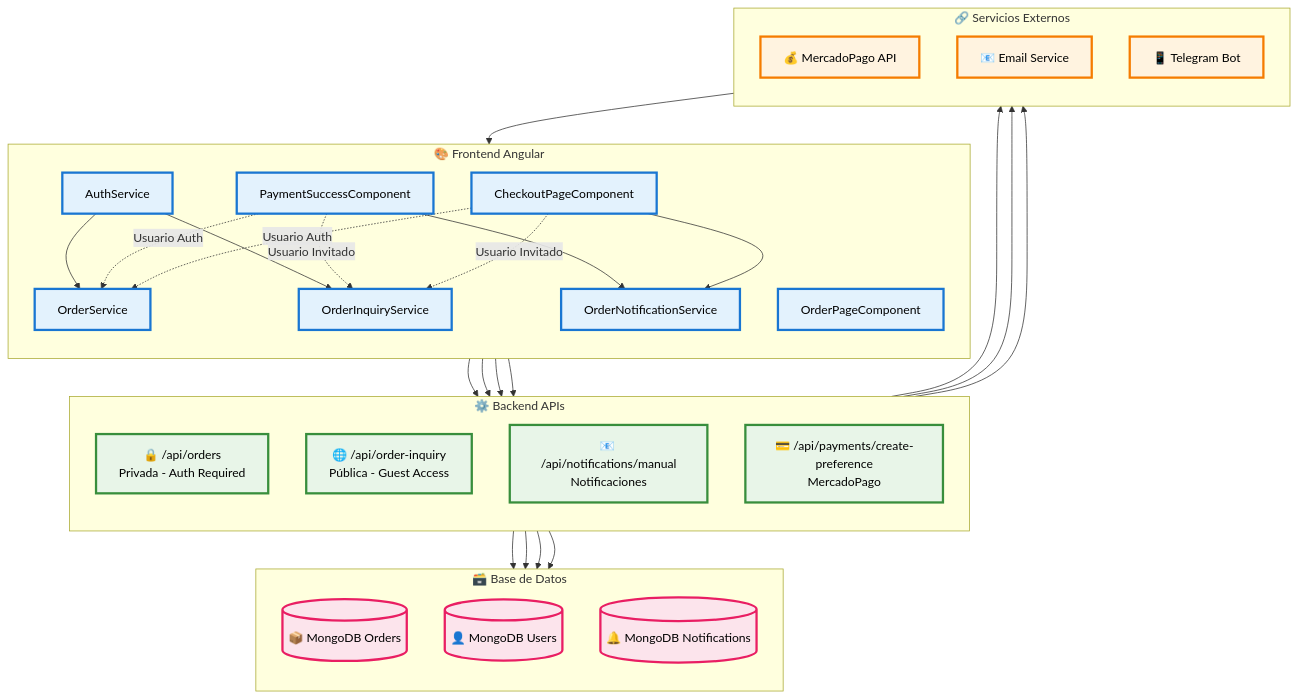
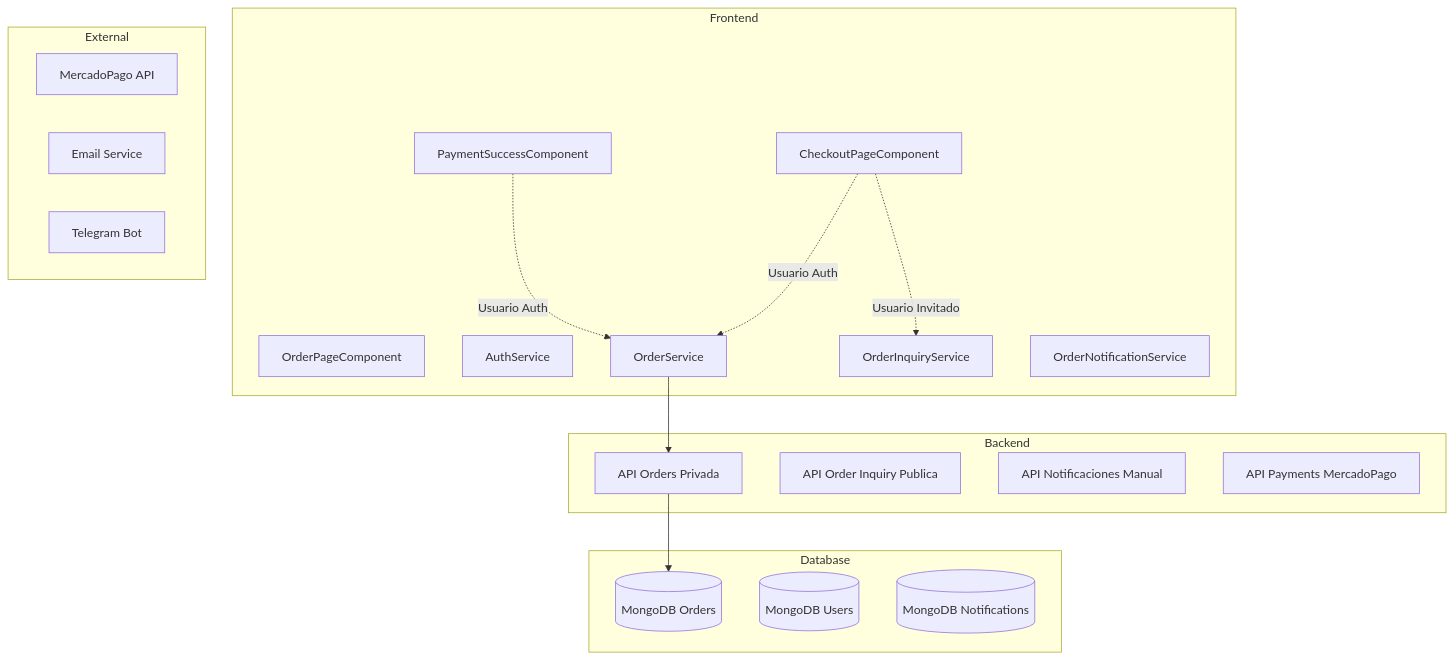
One commit to Ivetta-Luis-Alberto-114588/front-startup changed the second of 16 diagrams in docs_frontend/diagramas-flujo-actualizados.md. Above: the diagram before and after it, drawn with Mermaid. The commit also changed other lines of this file and 7 other files, not shown here.

Commit message:
Add endpoint permissions documentation and update flow diagrams for checkout process

````diff
--- a/docs_frontend/diagramas-flujo-actualizados.md
+++ b/docs_frontend/diagramas-flujo-actualizados.md
@@ -79,78 +68,45 @@
 ```mermaid
 flowchart TB
-    subgraph Frontend["🎨 Frontend Angular"]
-        direction TB
+    %% Frontend Angular
+    subgraph Frontend
         A[CheckoutPageComponent]
         B[PaymentSuccessComponent]
         C[OrderPageComponent]
         D[AuthService]
         E[OrderService]
         F[OrderInquiryService]
         G[OrderNotificationService]
     end
-  
-    subgraph Backend["⚙️ Backend APIs"]
-        direction TB
-        H[🔒 /api/orders<br/>Privada - Auth Required]
-        I[🌐 /api/order-inquiry<br/>Pública - Guest Access]
-        J[📧 /api/notifications/manual<br/>Notificaciones]
-        K[💳 /api/payments/create-preference<br/>MercadoPago]
+
+    %% Backend APIs
+    subgraph Backend
+        H[API Orders Privada]
+        I[API Order Inquiry Publica]
+        J[API Notificaciones Manual]
+        K[API Payments MercadoPago]
     end
-    
-    subgraph External["🔗 Servicios Externos"]
-        direction TB
-        L[💰 MercadoPago API]
-        M[📧 Email Service]
-        N[📱 Telegram Bot]
+
+    %% Servicios Externos
+    subgraph External
+        L[MercadoPago API]
+        M[Email Service]
+        N[Telegram Bot]
     end
-    
-    subgraph Database["🗃️ Base de Datos"]
-        direction TB
-        O[(📦 MongoDB Orders)]
-        P[(👤 MongoDB Users)]
-        Q[(🔔 MongoDB Notifications)]
+
+    %% Base de Datos
+    subgraph Database
+        O[(MongoDB Orders)]
+        P[(MongoDB Users)]
+        Q[(MongoDB Notifications)]
     end
-    
+
     %% Flujos Usuario Autenticado
     A -.->|Usuario Auth| E
     E --> H
     H --> O
     B -.->|Usuario Auth| E
-    
+
     %% Flujos Usuario Invitado
     A -.->|Usuario Invitado| F
-    F --> I
-    I --> O
-    B -.->|Usuario Invitado| F
-    
-    %% Sistema de Notificaciones
-    A --> G
-    B --> G
-    G --> J
-    J --> M
-    J --> N
-    
-    %% Integración MercadoPago
-    A --> K
-    K --> L
-    L --> B
-    
-    %% Autenticación
-    D --> E
-    D --> F
-    
-    %% Base de Datos
-    H --> P
-    J --> Q
-    
-    %% Estilos modernos con gradientes
-    classDef frontendStyle fill:#e3f2fd,stroke:#1976d2,stroke-width:3px,color:#000
-    classDef backendStyle fill:#e8f5e8,stroke:#388e3c,stroke-width:3px,color:#000
-    classDef externalStyle fill:#fff3e0,stroke:#f57c00,stroke-width:3px,color:#000
-    classDef databaseStyle fill:#fce4ec,stroke:#e91e63,stroke-width:3px,color:#000
-    
-    class A,B,C,D,E,F,G frontendStyle
-    class H,I,J,K backendStyle
-    class L,M,N externalStyle
-    class O,P,Q databaseStyle
+    F
 ```
````
